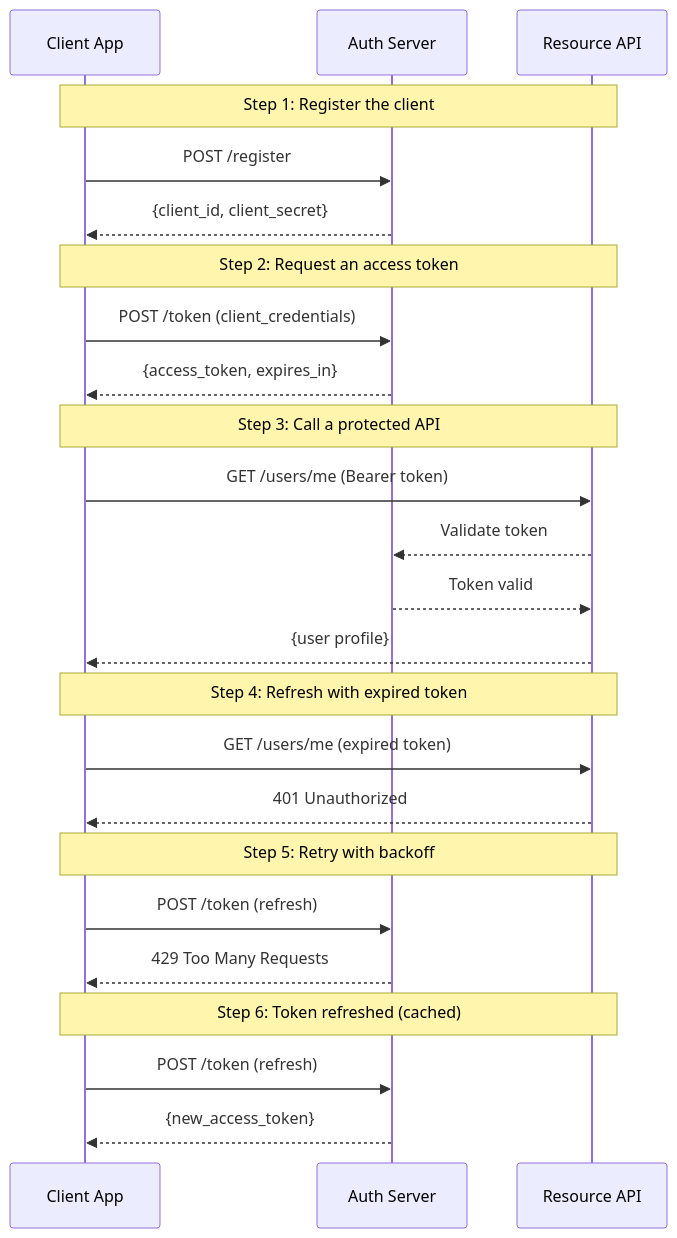
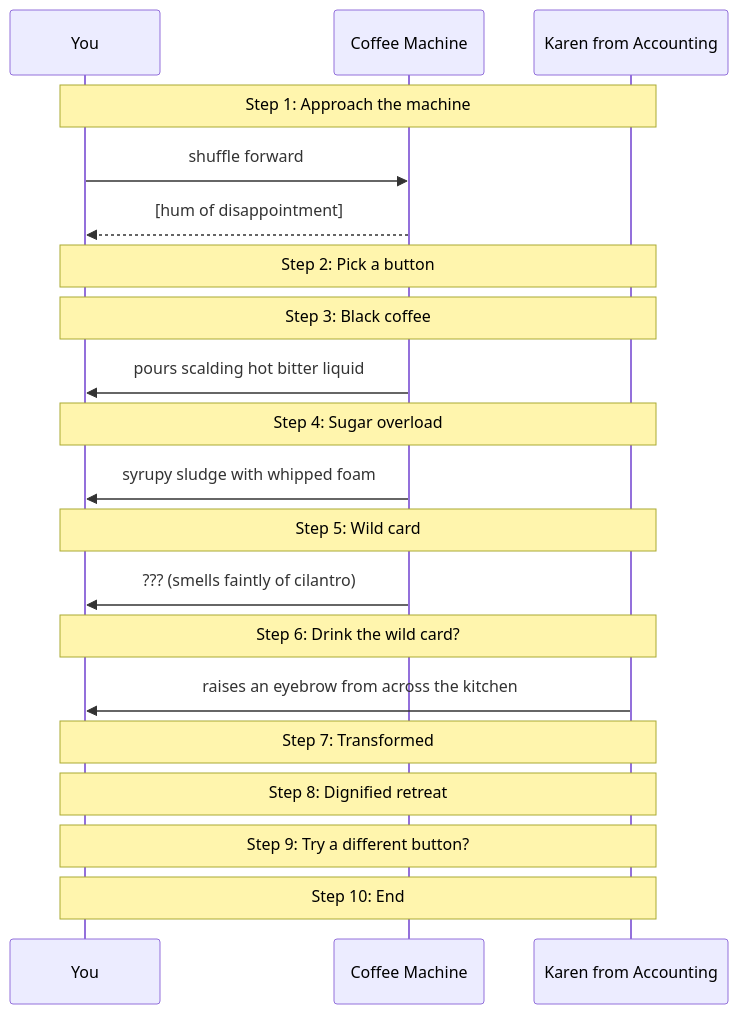
Before and after one commit to panyam/demokit: the diagram in examples/basic/README.md, drawn with Mermaid. The commit also changed other lines of this file and 11 other files, not shown here.

````diff
--- a/examples/basic/README.md
+++ b/examples/basic/README.md
@@ -16,32 +15,32 @@
 ```mermaid
 sequenceDiagram
-    participant Client as Client App
-    participant AS as Auth Server
-    participant API as Resource API
+    participant You
+    participant Machine as Coffee Machine
+    participant Karen as Karen from Accounting
 
-    Note over Client,API: Step 1: Register the client
-    Client->>AS: POST /register
-    AS-->>Client: {client_id, client_secret}
+    Note over You,Karen: Step 1: Approach the machine
+    You->>Machine: shuffle forward
+    Machine-->>You: [hum of disappointment]
 
-    Note over Client,API: Step 2: Request an access token
-    Client->>AS: POST /token (client_credentials)
-    AS-->>Client: {access_token, expires_in}
+    Note over You,Karen: Step 2: Pick a button
 
-    Note over Client,API: Step 3: Call a protected API
-    Client->>API: GET /users/me (Bearer token)
-    API-->>AS: Validate token
-    AS-->>API: Token valid
-    API-->>Client: {user profile}
+    Note over You,Karen: Step 3: Black coffee
+    Machine->>You: pours scalding hot bitter liquid
 
-    Note over Client,API: Step 4: Refresh with expired token
-    Client->>API: GET /users/me (expired token)
-    API-->>Client: 401 Unauthorized
+    Note over You,Karen: Step 4: Sugar overload
+    Machine->>You: syrupy sludge with whipped foam
 
-    Note over Client,API: Step 5: Retry with backoff
-    Client->>AS: POST /token (refresh)
-    AS-->>Client: 429 Too Many Requests
+    Note over You,Karen: Step 5: Wild card
+    Machine->>You: ??? (smells faintly of cilantro)
 
-    Note over Client,API: Step 6: Token refreshed (cached)
-    Client->>AS: POST /token (refresh)
-    AS-->>Client: {new_access_token}
+    Note over You,Karen: Step 6: Drink the wild card?
+    Karen->>You: raises an eyebrow from across the kitchen
+
+    Note over You,Karen: Step 7: Transformed
+
+    Note over You,Karen: Step 8: Dignified retreat
+
+    Note over You,Karen: Step 9: Try a different button?
+
+    Note over You,Karen: Step 10: End
 ```
````
